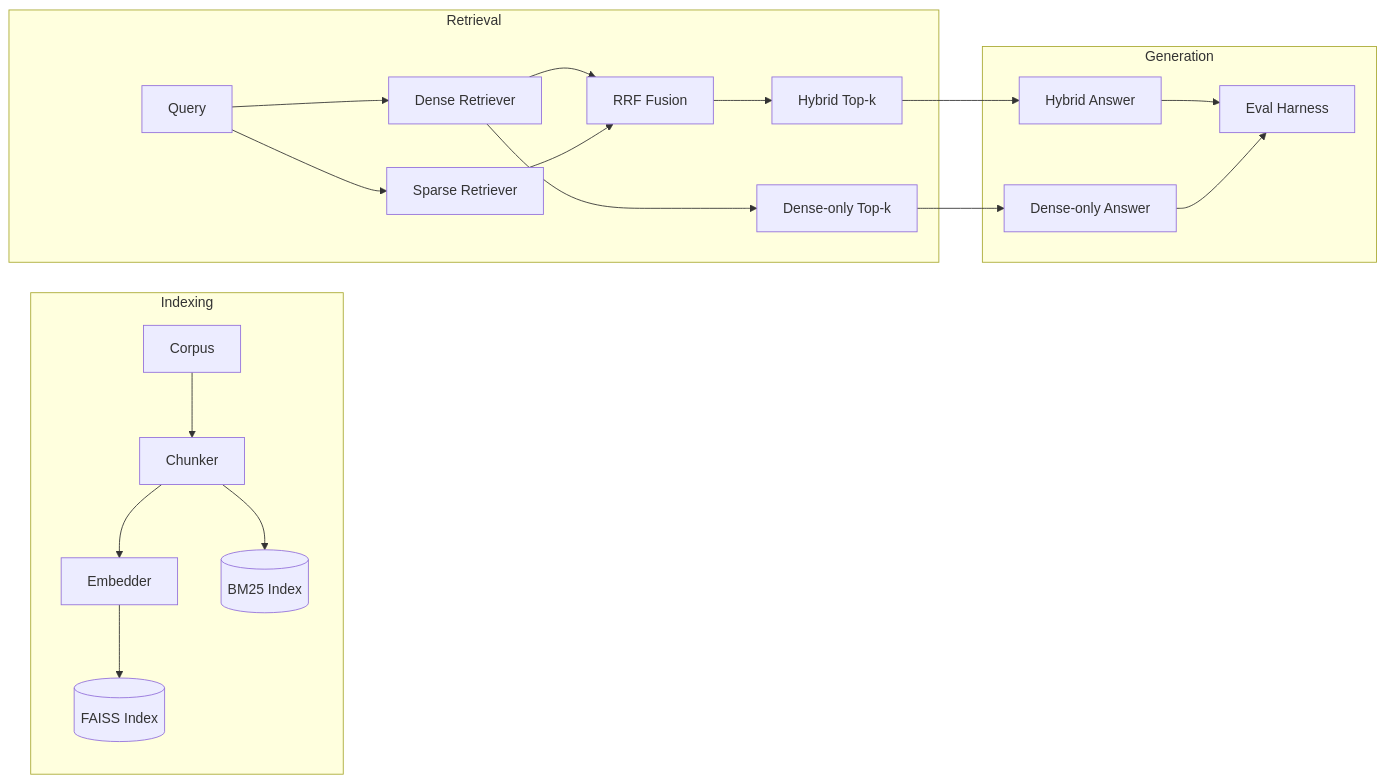
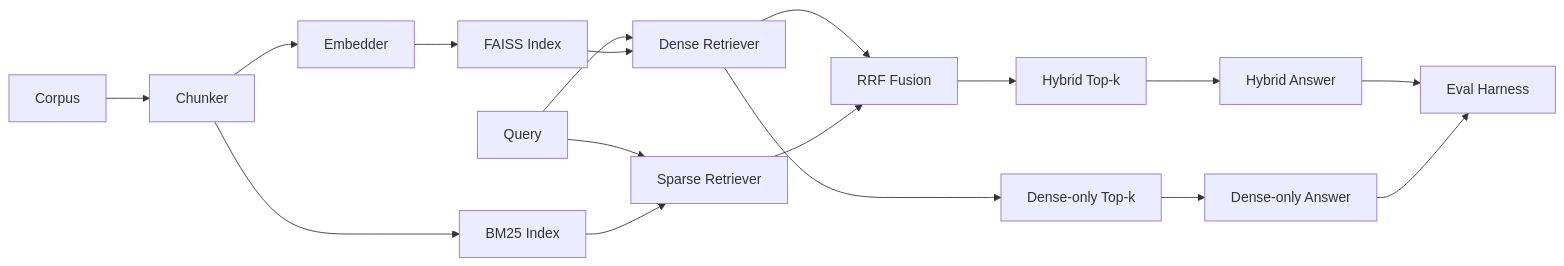
The first of 2 diagrams in README.md (avivek-dwivedi/hybrid-rag-eval-suite), drawn with Mermaid before and after one commit. The commit also changed other lines of this file, not shown here.

Commit message:
Fix Mermaid diagrams: remove subgraph + add ASCII fallback views
GitHub's Mermaid renderer occasionally chokes on subgraph blocks
and parallelogram shape syntax [(...)] in README markdown.
This replaces the first diagram with a flat flowchart using
plain [node] shapes, and adds text-based ASCII architecture
fallbacks under each diagram for accessibility and offline
readability.

````diff
--- a/README.md
+++ b/README.md
@@ -20,25 +20,21 @@
 ```mermaid
 flowchart LR
-    subgraph Indexing
-        C[Corpus] --> CH[Chunker]
-        CH --> E[Embedder]
-        E --> V[(FAISS Index)]
-        CH --> T[(BM25 Index)]
-    end
+    C[Corpus] --> CH[Chunker]
+    CH --> E[Embedder]
+    E --> V[FAISS Index]
+    CH --> T[BM25 Index]
 
-    subgraph Retrieval
-        Q[Query] --> DR[Dense Retriever]
-        Q --> SR[Sparse Retriever]
-        DR --> RRF[RRF Fusion]
-        SR --> RRF
-        RRF --> HC[Hybrid Top-k]
-        DR --> DC[Dense-only Top-k]
-    end
+    Q[Query] --> DR[Dense Retriever]
+    Q --> SR[Sparse Retriever]
+    V --> DR
+    T --> SR
+    DR --> RRF[RRF Fusion]
+    SR --> RRF
+    RRF --> HC[Hybrid Top-k]
+    DR --> DC[Dense-only Top-k]
 
-    subgraph Generation
-        HC --> HA[Hybrid Answer]
-        DC --> DA[Dense-only Answer]
-        HA --> EV[Eval Harness]
-        DA --> EV
-    end
+    HC --> HA[Hybrid Answer]
+    DC --> DA[Dense-only Answer]
+    HA --> EV[Eval Harness]
+    DA --> EV
 ```
````
